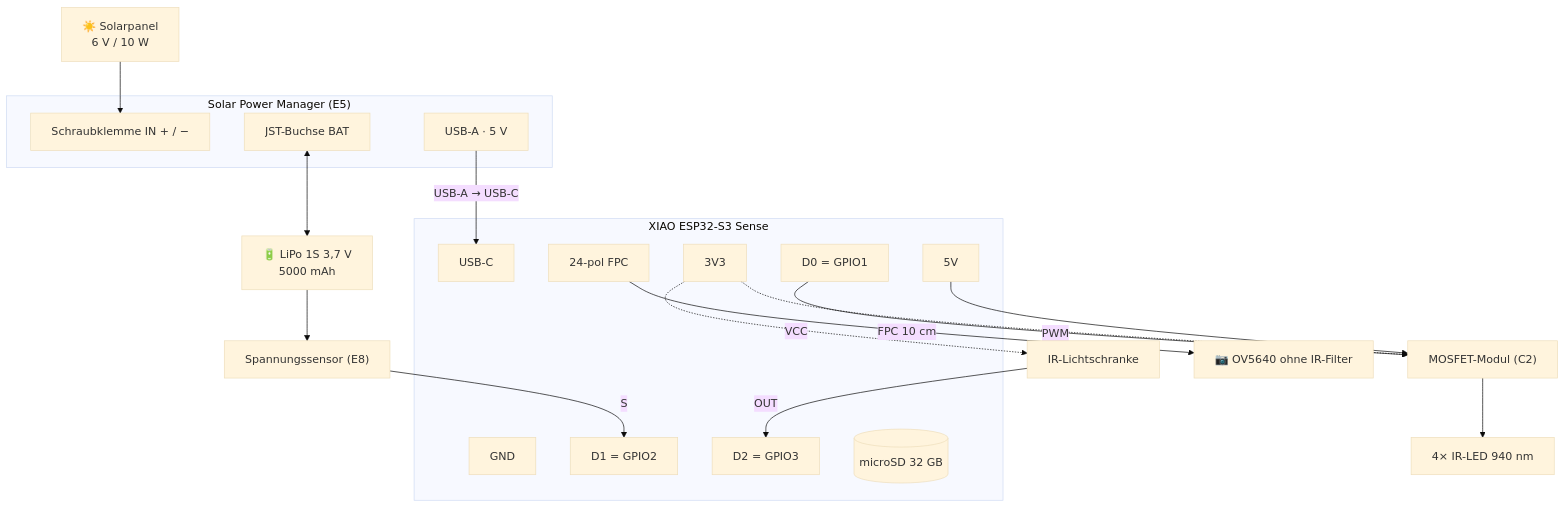
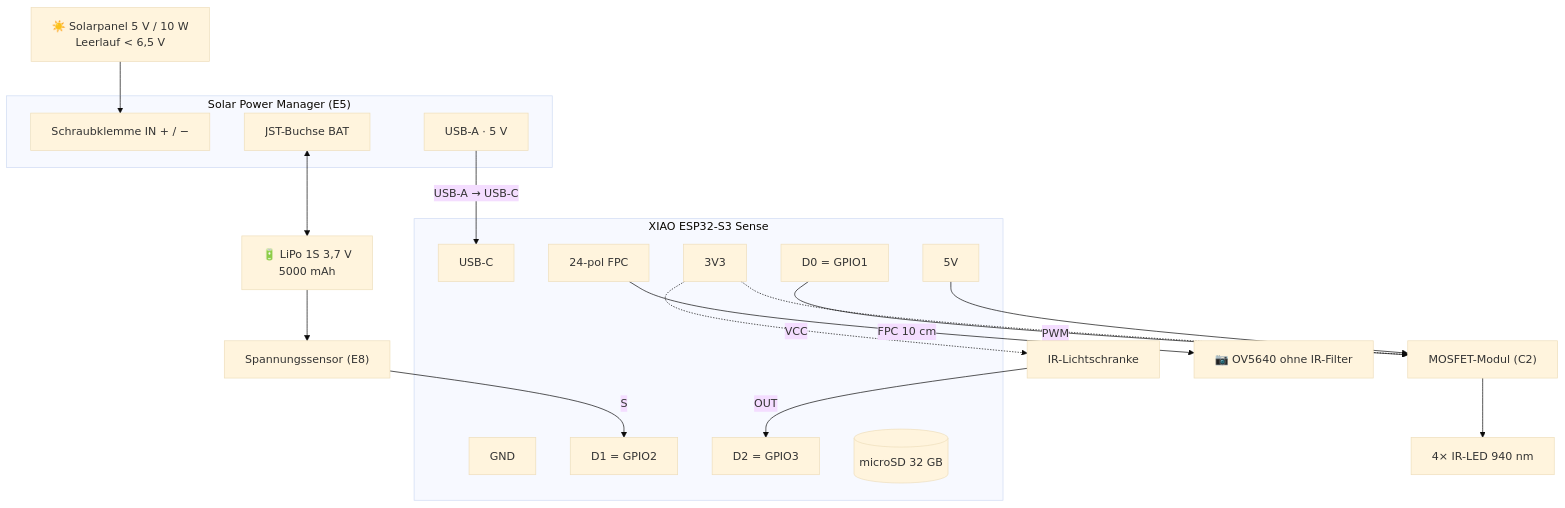
The diagram in docs/08-variante-esp32.md (stummk/Birdy-Cam), drawn with Mermaid (base theme) before and after one commit. The commit also changed other lines of this file and 16 other files, not shown here.

````diff
--- a/docs/08-variante-esp32.md
+++ b/docs/08-variante-esp32.md
@@ -242,39 +400,39 @@
 ```mermaid
 flowchart TB
-  PV["☀️ Solarpanel<br/>6 V / 10 W"]
+  PV["☀️ Solarpanel 5 V / 10 W<br/>Leerlauf &lt; 6,5 V"]
   subgraph SPM["Solar Power Manager (E5)"]
     IN["Schraubklemme IN + / −"]
     JST["JST-Buchse BAT"]
     OUT["USB-A · 5 V"]
   end
   BAT["🔋 LiPo 1S 3,7 V<br/>5000 mAh"]
   subgraph XIAO["XIAO ESP32-S3 Sense"]
     USBC["USB-C"]
     P5V["5V"]
     P33["3V3"]
     PGND["GND"]
     D0["D0 = GPIO1"]
     D1["D1 = GPIO2"]
     D2["D2 = GPIO3"]
     FPC["24-pol FPC"]
     SD[("microSD 32 GB")]
   end
   VS["Spannungssensor (E8)"]
   MOS["MOSFET-Modul (C2)"]
   IRL["4× IR-LED 940 nm"]
   LS["IR-Lichtschranke"]
   CAM["📷 OV5640 ohne IR-Filter"]
 
   PV --> IN
   JST <--> BAT
   OUT -->|"USB-A → USB-C"| USBC
   BAT --> VS
   VS -->|"S"| D1
   D0 -->|"PWM"| MOS
   P33 -.-> MOS
   P5V --> MOS
   MOS --> IRL
   LS -->|"OUT"| D2
   P33 -.->|"VCC"| LS
   FPC -->|"FPC 10 cm"| CAM
 ```
````
